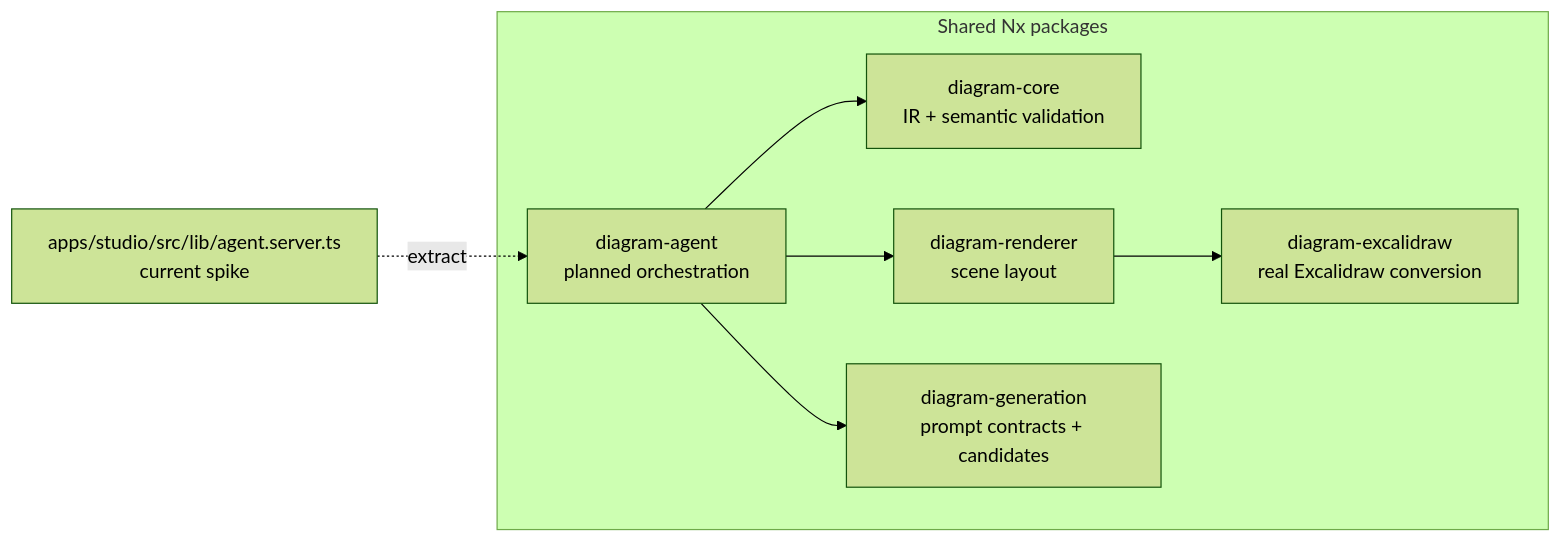
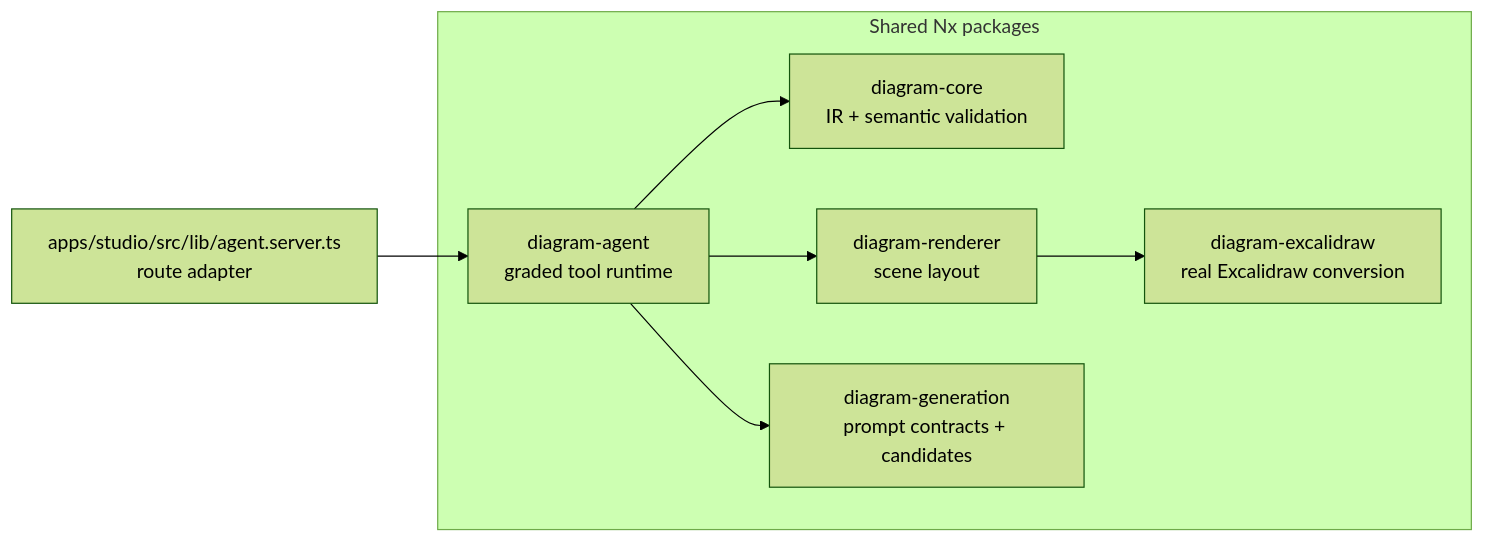
One commit to anand-testcompare/sketchi-v2-lab changed the third of 7 diagrams in docs/agentic-generation.md. Above: the diagram before and after it, drawn with Mermaid (forest theme). The commit also changed 29 other files, not shown here.

First line of the commit message:
feat: extract diagram agent runtime into packages/diagram-agent (#27)

````diff
--- a/docs/agentic-generation.md
+++ b/docs/agentic-generation.md
@@ -61,18 +61,18 @@
 ```mermaid
 flowchart LR
-  AgentServer["apps/studio/src/lib/agent.server.ts<br/>current spike"]
+  AgentServer["apps/studio/src/lib/agent.server.ts<br/>route adapter"]
 
   subgraph Packages["Shared Nx packages"]
     Core["diagram-core<br/>IR + semantic validation"]
     Renderer["diagram-renderer<br/>scene layout"]
     Excalidraw["diagram-excalidraw<br/>real Excalidraw conversion"]
     Generation["diagram-generation<br/>prompt contracts + candidates"]
-    Agent["diagram-agent<br/>planned orchestration"]
+    Agent["diagram-agent<br/>graded tool runtime"]
   end
 
-  AgentServer -.extract.-> Agent
+  AgentServer --> Agent
   Agent --> Generation
   Agent --> Core
   Agent --> Renderer
   Renderer --> Excalidraw
 ```
````
